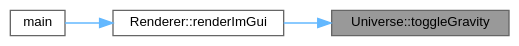
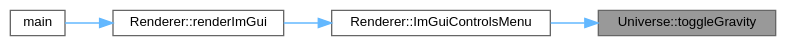
One commit to Kojittsu/Particles_Simulation changed the diagram in docs/classUniverse_ac40eb3995b94e95c20dc116376573b68_icgraph.dot. Above: the diagram before and after it, drawn with Graphviz. The commit also changed 55 other files, not shown here.

```diff
--- a/docs/classUniverse_ac40eb3995b94e95c20dc116376573b68_icgraph.dot
+++ b/docs/classUniverse_ac40eb3995b94e95c20dc116376573b68_icgraph.dot
@@ -1,13 +1,15 @@
 digraph "Universe::toggleGravity"
 {
  // LATEX_PDF_SIZE
   bgcolor="transparent";
   edge [fontname=Helvetica,fontsize=10,labelfontname=Helvetica,labelfontsize=10];
   node [fontname=Helvetica,fontsize=10,shape=box,height=0.2,width=0.4];
   rankdir="RL";
   Node1 [id="Node000001",label="Universe::toggleGravity",height=0.2,width=0.4,color="gray40", fillcolor="grey60", style="filled", fontcolor="black",tooltip="Toggle the gravitational forces."];
   Node1 -> Node2 [id="edge1_Node000001_Node000002",dir="back",color="steelblue1",style="solid",tooltip=" "];
-  Node2 [id="Node000002",label="Renderer::renderImGui",height=0.2,width=0.4,color="grey40", fillcolor="white", style="filled",URL="$classRenderer.html#ac606d439bdc8f139f40b8ef1a1e18ea8",tooltip="Render Dear ImGui."];
+  Node2 [id="Node000002",label="Renderer::ImGuiControlsMenu",height=0.2,width=0.4,color="grey40", fillcolor="white", style="filled",URL="$classRenderer.html#a94b77c39f65ff2ac734c8c8767e49cca",tooltip="Render control ImGui menu."];
   Node2 -> Node3 [id="edge2_Node000002_Node000003",dir="back",color="steelblue1",style="solid",tooltip=" "];
-  Node3 [id="Node000003",label="main",height=0.2,width=0.4,color="grey40", fillcolor="white", style="filled",URL="$main_8cpp.html#a0ddf1224851353fc92bfbff6f499fa97",tooltip=" "];
+  Node3 [id="Node000003",label="Renderer::renderImGui",height=0.2,width=0.4,color="grey40", fillcolor="white", style="filled",URL="$classRenderer.html#ac606d439bdc8f139f40b8ef1a1e18ea8",tooltip="Render Dear ImGui."];
+  Node3 -> Node4 [id="edge3_Node000003_Node000004",dir="back",color="steelblue1",style="solid",tooltip=" "];
+  Node4 [id="Node000004",label="main",height=0.2,width=0.4,color="grey40", fillcolor="white", style="filled",URL="$main_8cpp.html#a0ddf1224851353fc92bfbff6f499fa97",tooltip=" "];
 }
```
